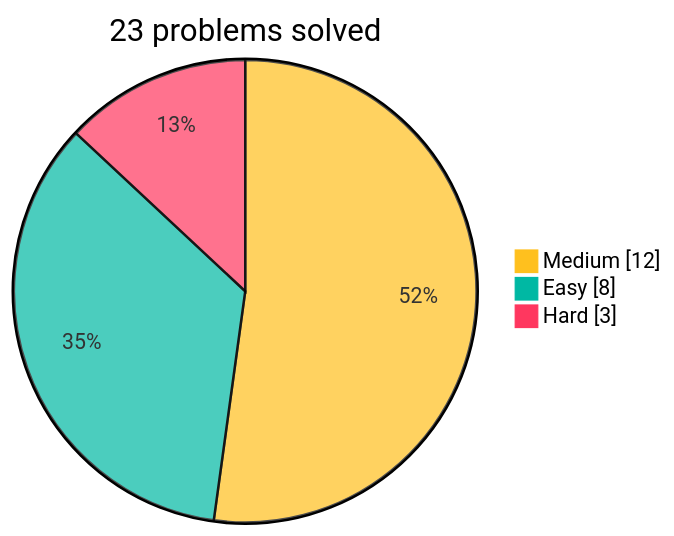
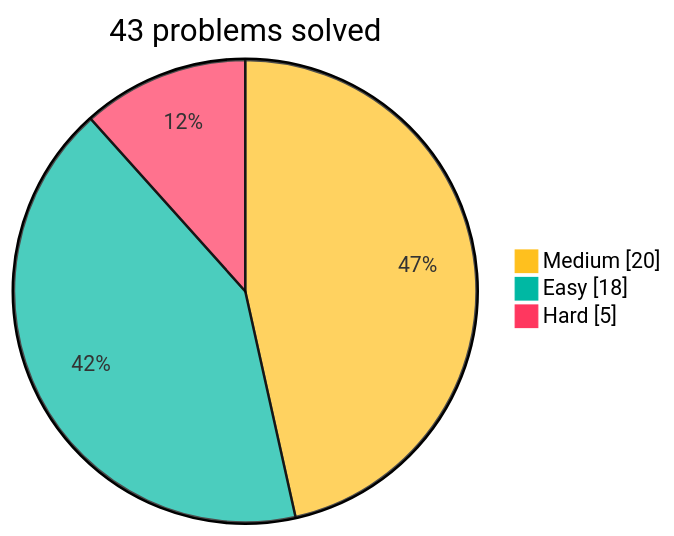
The diagram in readme.md (jamerrq/leetcode-daily), drawn with Mermaid before and after one commit. The commit also changed other lines of this file and 54 other files, not shown here.

````diff
--- a/readme.md
+++ b/readme.md
@@ -55,7 +82,7 @@
 ```mermaid
 %%{init: {"themeVariables": {"pie1": "#ffc01e", "pie2": "#00b8a3", "pie3": "#ff375f"}}}%%
-pie showData title 23 problems solved
-    "Medium" : 12
-    "Easy" : 8
-    "Hard" : 3
+pie showData title 43 problems solved
+    "Medium" : 20
+    "Easy" : 18
+    "Hard" : 5
 ```
````
